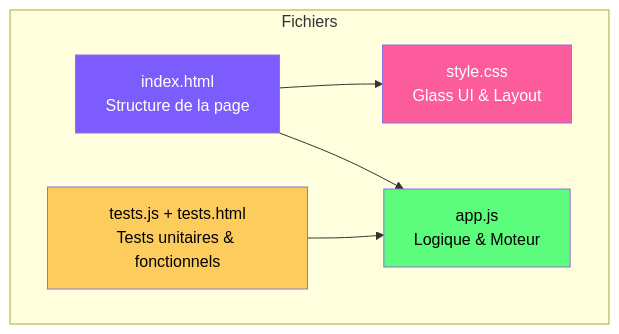
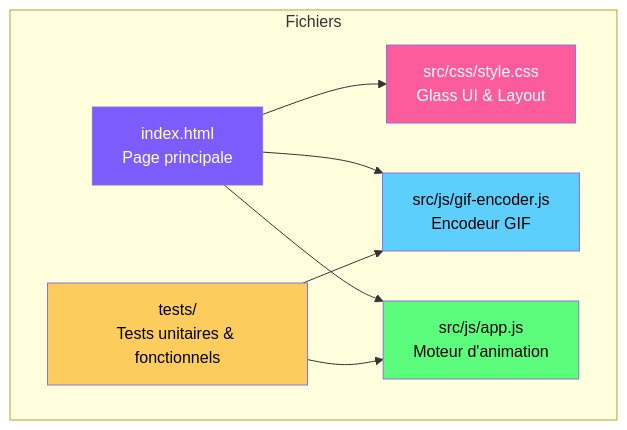
Before and after one commit to veakey/cfpt-prog-y1-001: the first of 9 diagrams in README.md, drawn with Mermaid. The commit also changed other lines of this file, not shown here.

````diff
--- a/README.md
+++ b/README.md
@@ -15,18 +33,22 @@
 ```mermaid
 graph TB
     subgraph Fichiers
-        HTML[index.html<br/>Structure de la page]
-        CSS[style.css<br/>Glass UI & Layout]
-        JS[app.js<br/>Logique & Moteur]
-        TEST[tests.js + tests.html<br/>Tests unitaires & fonctionnels]
+        HTML[index.html<br/>Page principale]
+        CSS[src/css/style.css<br/>Glass UI & Layout]
+        JS[src/js/app.js<br/>Moteur d'animation]
+        GIF[src/js/gif-encoder.js<br/>Encodeur GIF]
+        TEST[tests/<br/>Tests unitaires & fonctionnels]
     end
 
     HTML --> CSS
+    HTML --> GIF
     HTML --> JS
+    TEST --> GIF
     TEST --> JS
 
     style HTML fill:#7c5cfc,color:#fff
     style CSS fill:#fc5c9c,color:#fff
     style JS fill:#5cfc7c,color:#000
+    style GIF fill:#5ccffc,color:#000
     style TEST fill:#fccc5c,color:#000
 ```
````
